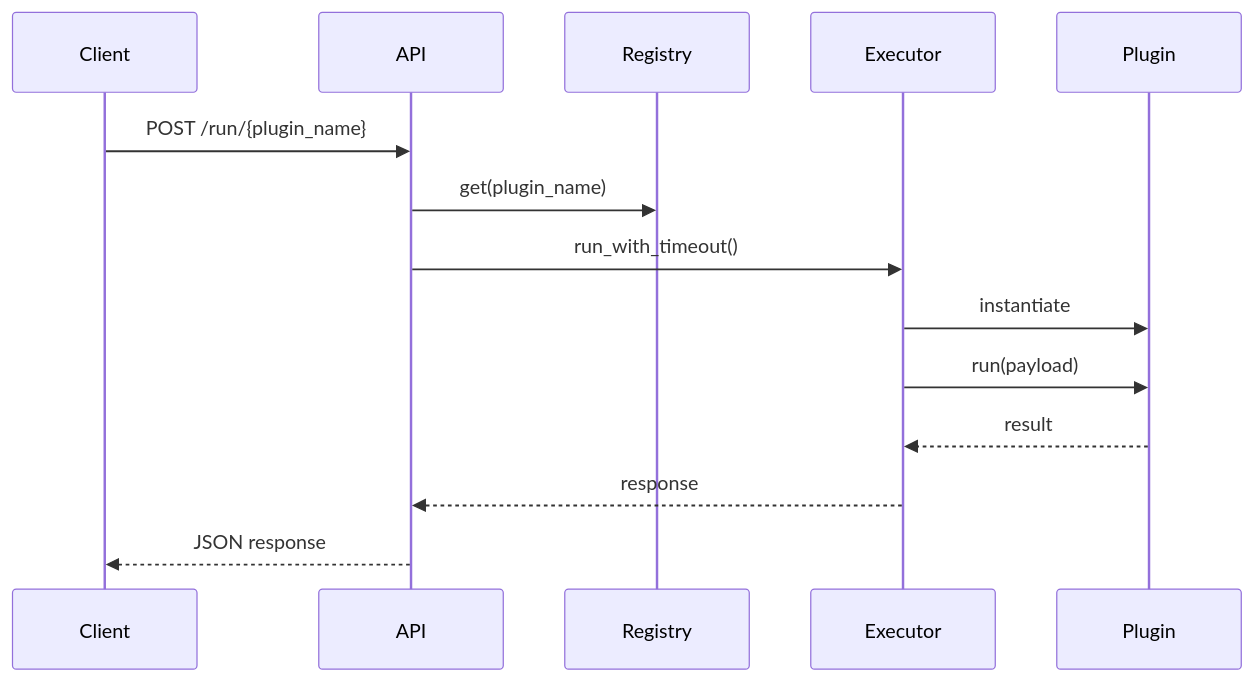
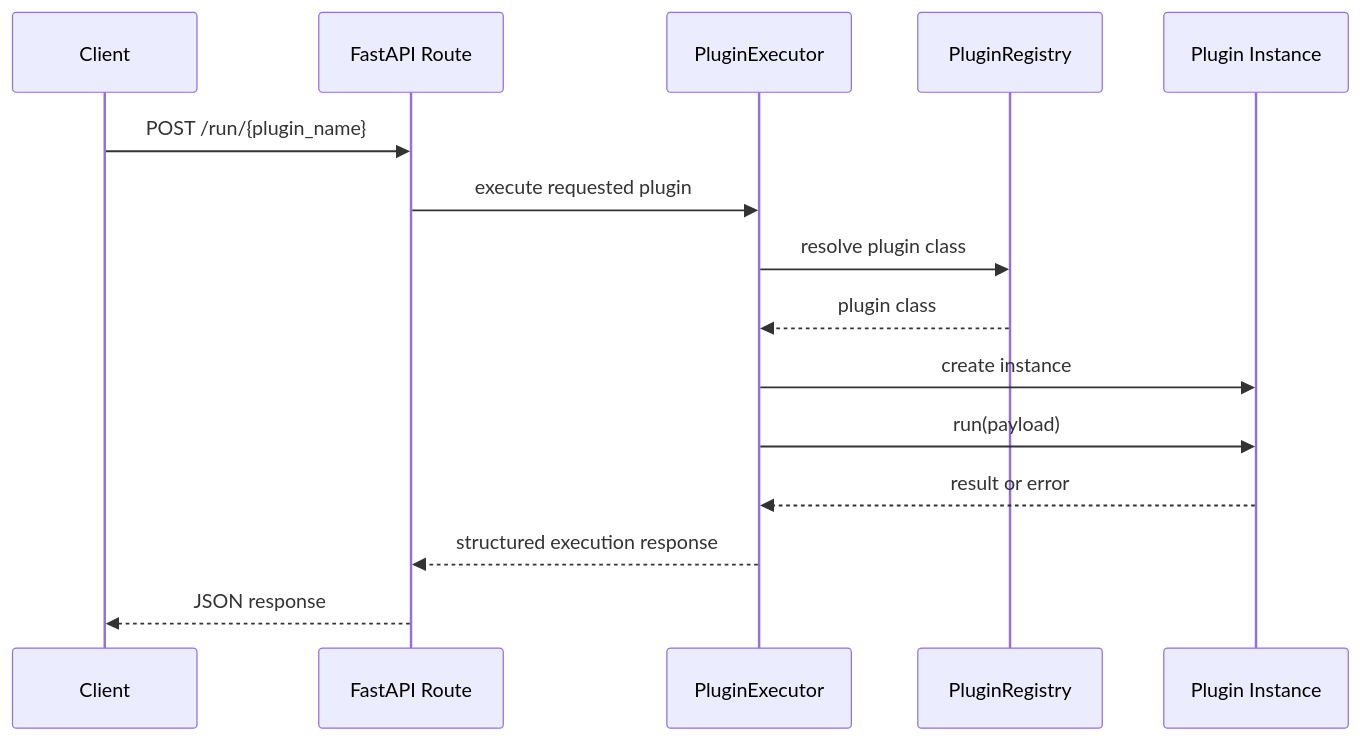
The second of 3 diagrams in docs/plugin-flow.md (mohamadrahdan/GeoAI-Platform), drawn with Mermaid before and after one commit. The commit also changed other lines of this file, not shown here.

Commit message:
docs: align plugin flow with current inference architecture

````diff
--- a/docs/plugin-flow.md
+++ b/docs/plugin-flow.md
@@ -114,25 +194,18 @@
 ```mermaid
 sequenceDiagram
-
     participant Client
-    participant API
-    participant Registry
-    participant Executor
-    participant Plugin
+    participant API as FastAPI Route
+    participant Executor as PluginExecutor
+    participant Registry as PluginRegistry
+    participant Plugin as Plugin Instance
 
     Client->>API: POST /run/{plugin_name}
-
-    API->>Registry: get(plugin_name)
-
-    API->>Executor: run_with_timeout()
-
-    Executor->>Plugin: instantiate
-
+    API->>Executor: execute requested plugin
+    Executor->>Registry: resolve plugin class
+    Registry-->>Executor: plugin class
+    Executor->>Plugin: create instance
     Executor->>Plugin: run(payload)
-
-    Plugin-->>Executor: result
-
-    Executor-->>API: response
-
+    Plugin-->>Executor: result or error
+    Executor-->>API: structured execution response
     API-->>Client: JSON response
 ```
````
